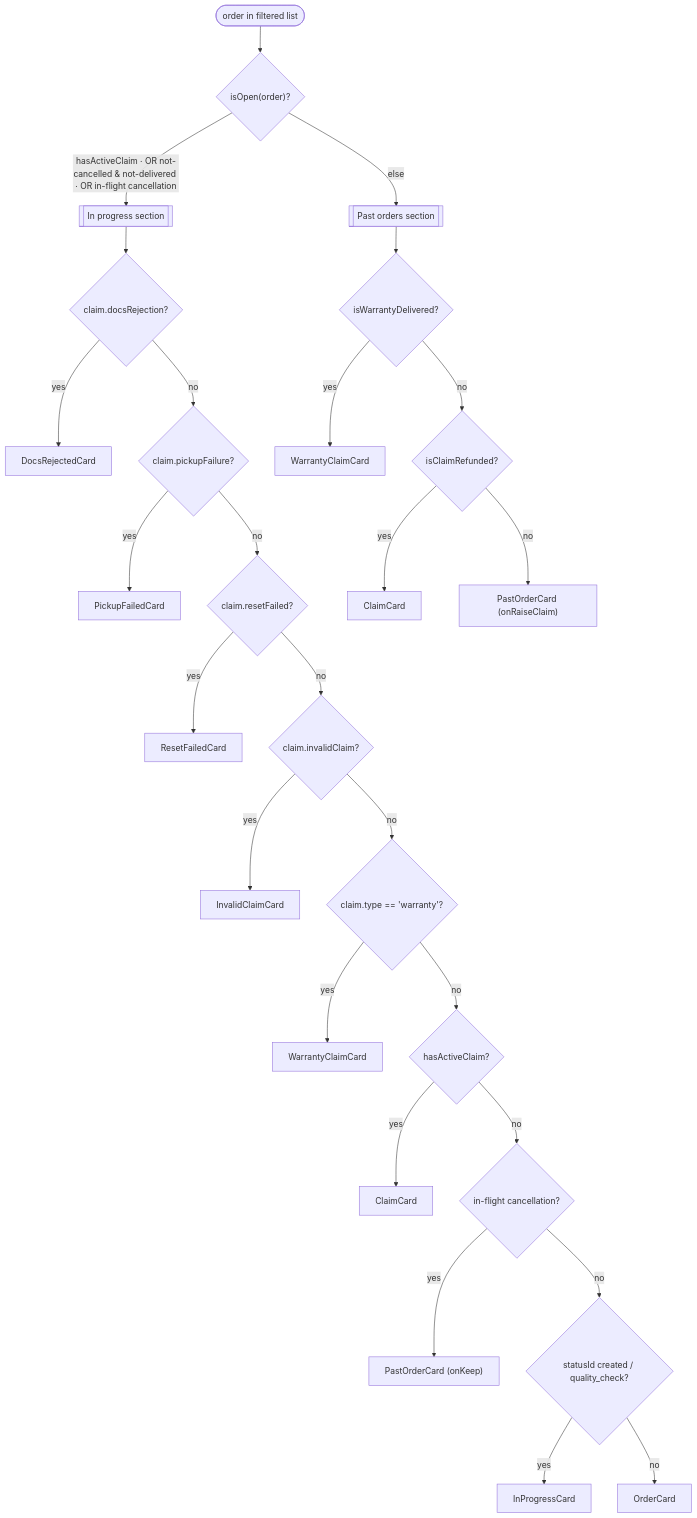
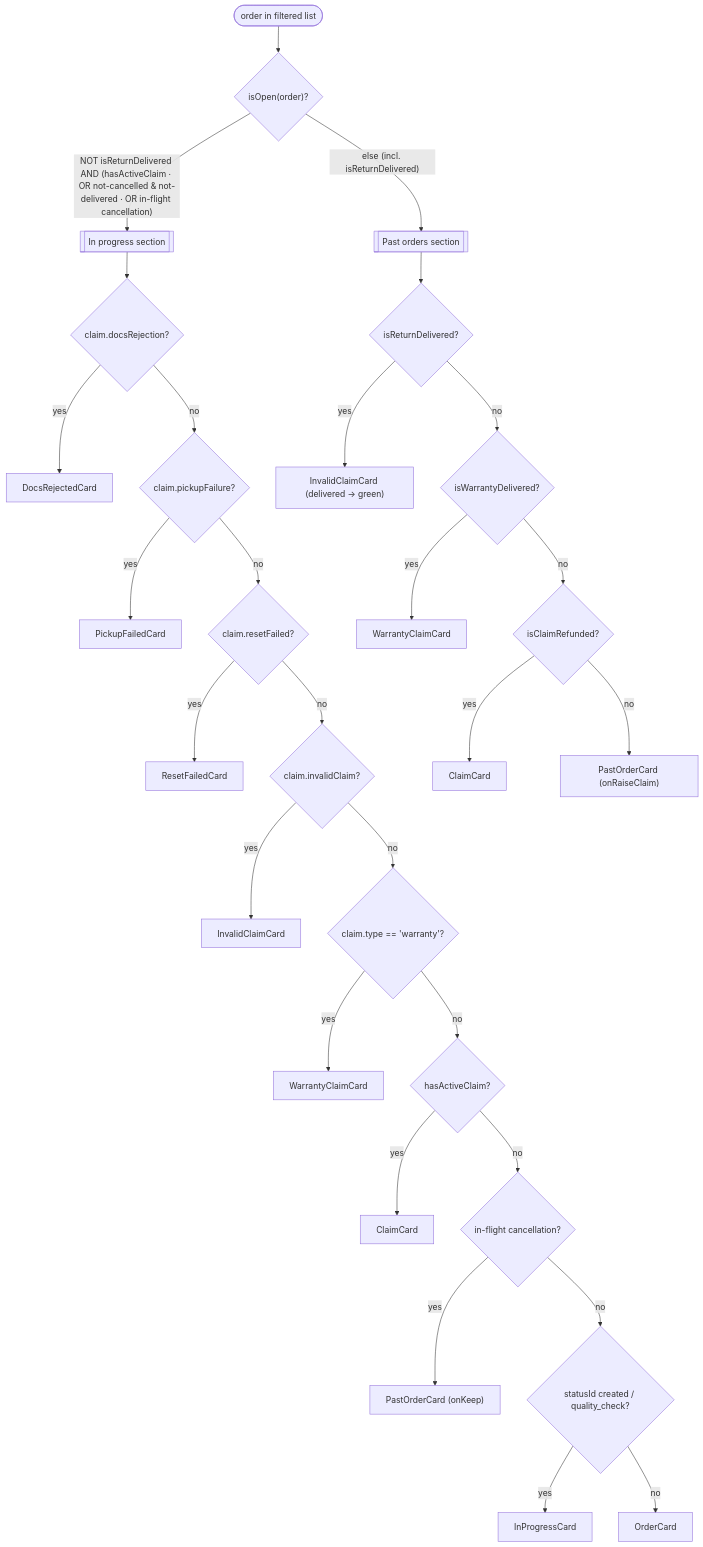
Before and after one commit to andrea-revibe/my-account-redesign-v2: the first of 3 diagrams in docs/output/diagrams.md, drawn with Mermaid.

Commit message:
updated diagrams

````diff
--- a/docs/output/diagrams.md
+++ b/docs/output/diagrams.md
@@ -25,30 +25,32 @@
 ```mermaid
 flowchart TD
   start(["order in filtered list"]) --> isOpen{"isOpen(order)?"}
-  isOpen -- "hasActiveClaim · OR not-cancelled & not-delivered · OR in-flight cancellation" --> IP[["In progress section"]]
-  isOpen -- "else" --> PAST[["Past orders section"]]
+  isOpen -- "NOT isReturnDelivered AND (hasActiveClaim · OR not-cancelled & not-delivered · OR in-flight cancellation)" --> IP[["In progress section"]]
+  isOpen -- "else (incl. isReturnDelivered)" --> PAST[["Past orders section"]]
 
   IP --> ip1{"claim.docsRejection?"}
   ip1 -- yes --> DocsRejectedCard
   ip1 -- no --> ip2{"claim.pickupFailure?"}
   ip2 -- yes --> PickupFailedCard
   ip2 -- no --> ip3{"claim.resetFailed?"}
   ip3 -- yes --> ResetFailedCard
   ip3 -- no --> ip4{"claim.invalidClaim?"}
   ip4 -- yes --> InvalidClaimCard
   ip4 -- no --> ip5{"claim.type == 'warranty'?"}
   ip5 -- yes --> WCI["WarrantyClaimCard"]
   ip5 -- no --> ip6{"hasActiveClaim?"}
   ip6 -- yes --> CCI["ClaimCard"]
   ip6 -- no --> ip7{"in-flight cancellation?"}
   ip7 -- yes --> POK["PastOrderCard (onKeep)"]
   ip7 -- no --> ip8{"statusId created / quality_check?"}
   ip8 -- yes --> InProgressCard
   ip8 -- no --> OrderCard
 
-  PAST --> p1{"isWarrantyDelivered?"}
+  PAST --> p0{"isReturnDelivered?"}
+  p0 -- yes --> ICP["InvalidClaimCard (delivered → green)"]
+  p0 -- no --> p1{"isWarrantyDelivered?"}
   p1 -- yes --> WCP["WarrantyClaimCard"]
   p1 -- no --> p2{"isClaimRefunded?"}
   p2 -- yes --> CCP["ClaimCard"]
   p2 -- no --> POC["PastOrderCard (onRaiseClaim)"]
 ```
````
